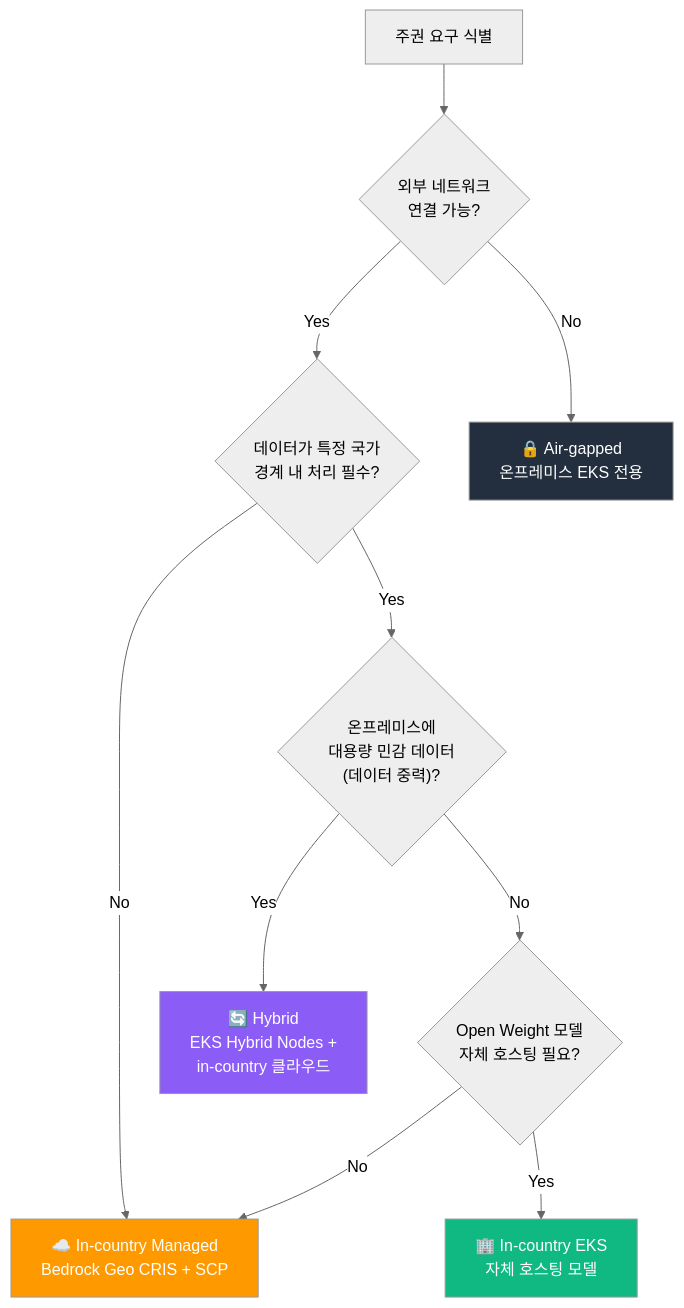
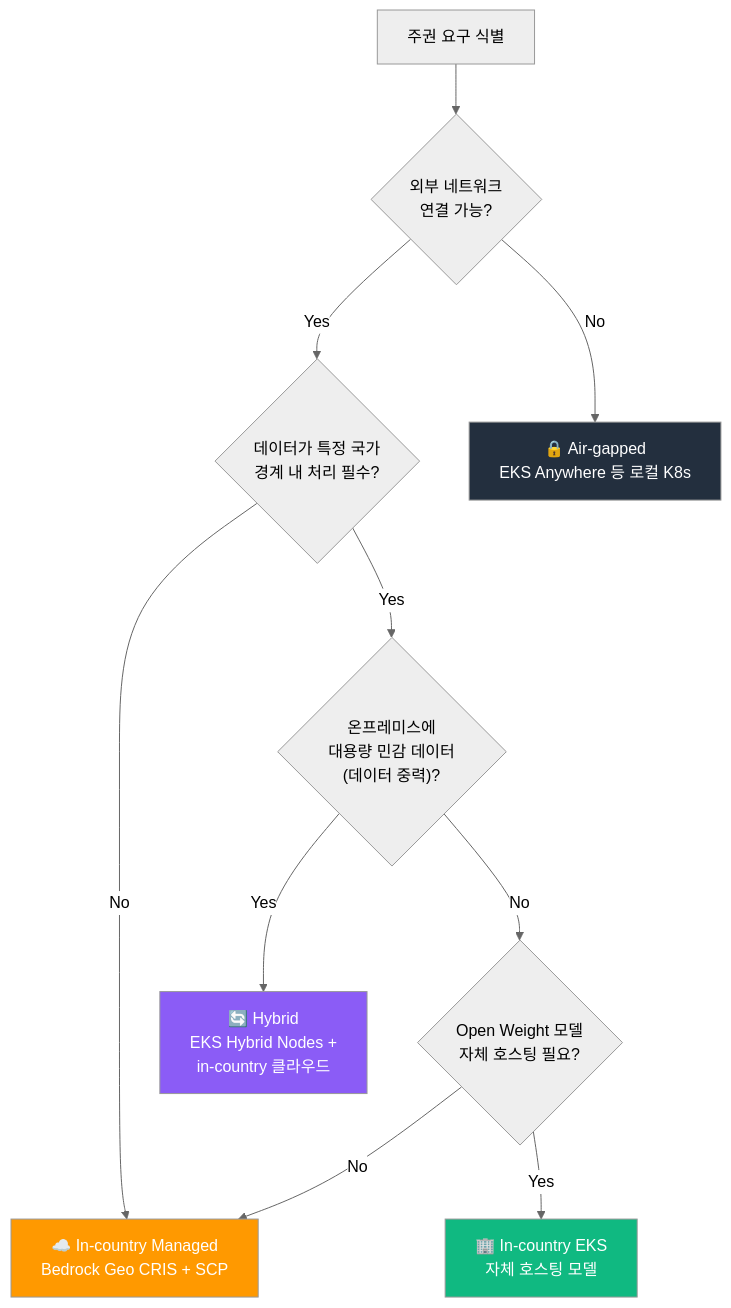
Before and after one commit to devfloor9/engineering-playbook: the second of 4 diagrams in i18n/ko/docusaurus-plugin-content-docs/current/agentic-ai-platform/design-architecture/platform-selection/sovereign-hybrid-deployment.md, drawn with Mermaid (neutral theme). The commit also changed other lines of this file and 39 other files, not shown here.

````diff
--- a/i18n/ko/docusaurus-plugin-content-docs/current/agentic-ai-platform/design-architecture/platform-selection/sovereign-hybrid-deployment.md
+++ b/i18n/ko/docusaurus-plugin-content-docs/current/agentic-ai-platform/design-architecture/platform-selection/sovereign-hybrid-deployment.md
@@ -75,29 +81,29 @@
 ```mermaid
 flowchart TD
     START["주권 요구 식별"]
 
     Q1{"외부 네트워크<br/>연결 가능?"}
     Q2{"데이터가 특정 국가<br/>경계 내 처리 필수?"}
     Q3{"온프레미스에<br/>대용량 민감 데이터<br/>(데이터 중력)?"}
     Q4{"Open Weight 모델<br/>자체 호스팅 필요?"}
 
-    AIRGAP["🔒 Air-gapped<br/>온프레미스 EKS 전용"]
+    AIRGAP["🔒 Air-gapped<br/>EKS Anywhere 등 로컬 K8s"]
     HYBRID["🔄 Hybrid<br/>EKS Hybrid Nodes +<br/>in-country 클라우드"]
     INCOUNTRY_EKS["🏢 In-country EKS<br/>자체 호스팅 모델"]
     INCOUNTRY_MANAGED["☁️ In-country Managed<br/>Bedrock Geo CRIS + SCP"]
 
     START --> Q1
     Q1 -->|"No"| AIRGAP
     Q1 -->|"Yes"| Q2
     Q2 -->|"No"| INCOUNTRY_MANAGED
     Q2 -->|"Yes"| Q3
     Q3 -->|"Yes"| HYBRID
     Q3 -->|"No"| Q4
     Q4 -->|"Yes"| INCOUNTRY_EKS
     Q4 -->|"No"| INCOUNTRY_MANAGED
 
     style AIRGAP fill:#232f3e,color:#fff
     style HYBRID fill:#8b5cf6,color:#fff
     style INCOUNTRY_EKS fill:#10b981,color:#fff
     style INCOUNTRY_MANAGED fill:#ff9900,color:#fff
 ```
````
